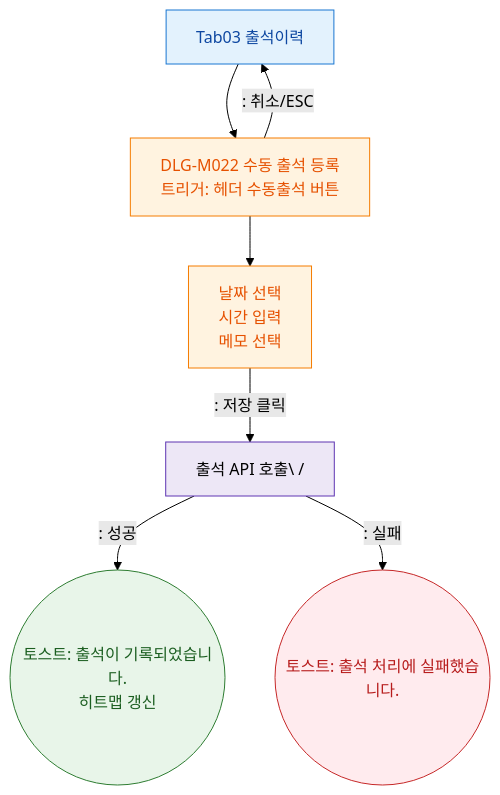
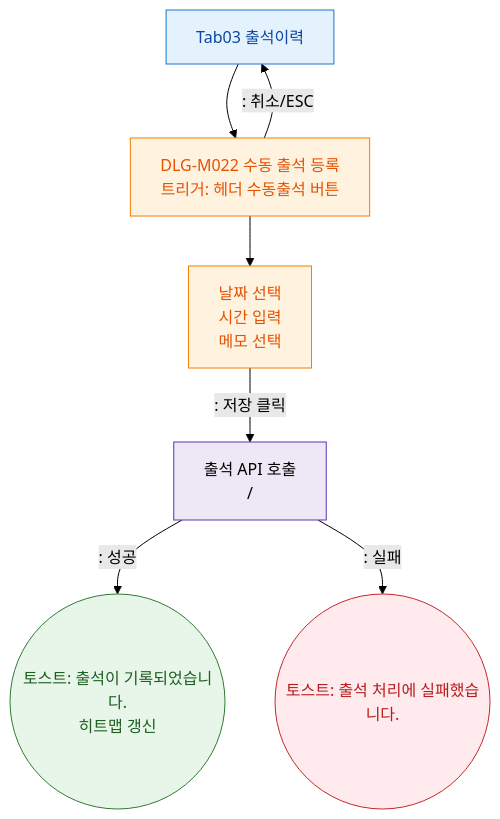
Before and after one commit to dev-spogym/admin-pando: the diagram in docs/admin/다이어그램/D02_회원관리/SCR-M004_회원상세/Tab03_출석이력/F5_모달트리거.md, drawn with Mermaid (forest theme). The commit also changed 369 other files, not shown here.

````diff
--- a/docs/admin/다이어그램/D02_회원관리/SCR-M004_회원상세/Tab03_출석이력/F5_모달트리거.md
+++ b/docs/admin/다이어그램/D02_회원관리/SCR-M004_회원상세/Tab03_출석이력/F5_모달트리거.md
@@ -20,21 +20,21 @@
 ```mermaid
 flowchart TD
   TAB[Tab03 출석이력] --> DLG_M022[DLG-M022 수동 출석 등록\n트리거: 헤더 수동출석 버튼]
 
   DLG_M022 --> FIELDS[날짜 선택\n시간 입력\n메모 선택]
-  FIELDS -->|": 저장 클릭"|API[출석 API 호출\ /]
+  FIELDS -->|": 저장 클릭"|API[출석 API 호출<br/> /]
   API -->|": 성공"|OK((토스트: 출석이 기록되었습니다.\n히트맵 갱신))
   API -->|": 실패"|ERR((토스트: 출석 처리에 실패했습니다.))
   DLG_M022 -->|": 취소/ESC"|TAB
 
   classDef screen fill:#E3F2FD,stroke:#1976D2,color:#0D47A1
   classDef modal fill:#FFF3E0,stroke:#F57C00,color:#E65100
   classDef success fill:#E8F5E9,stroke:#2E7D32,color:#1B5E20
   classDef error fill:#FFEBEE,stroke:#C62828,color:#B71C1C
   classDef system fill:#EDE7F6,stroke:#5E35B2
   class TAB screen
   class DLG_M022,FIELDS modal
   class OK success
   class ERR error
   class API system
 ```
````
